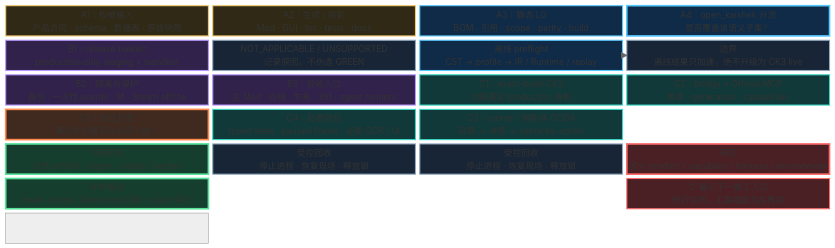
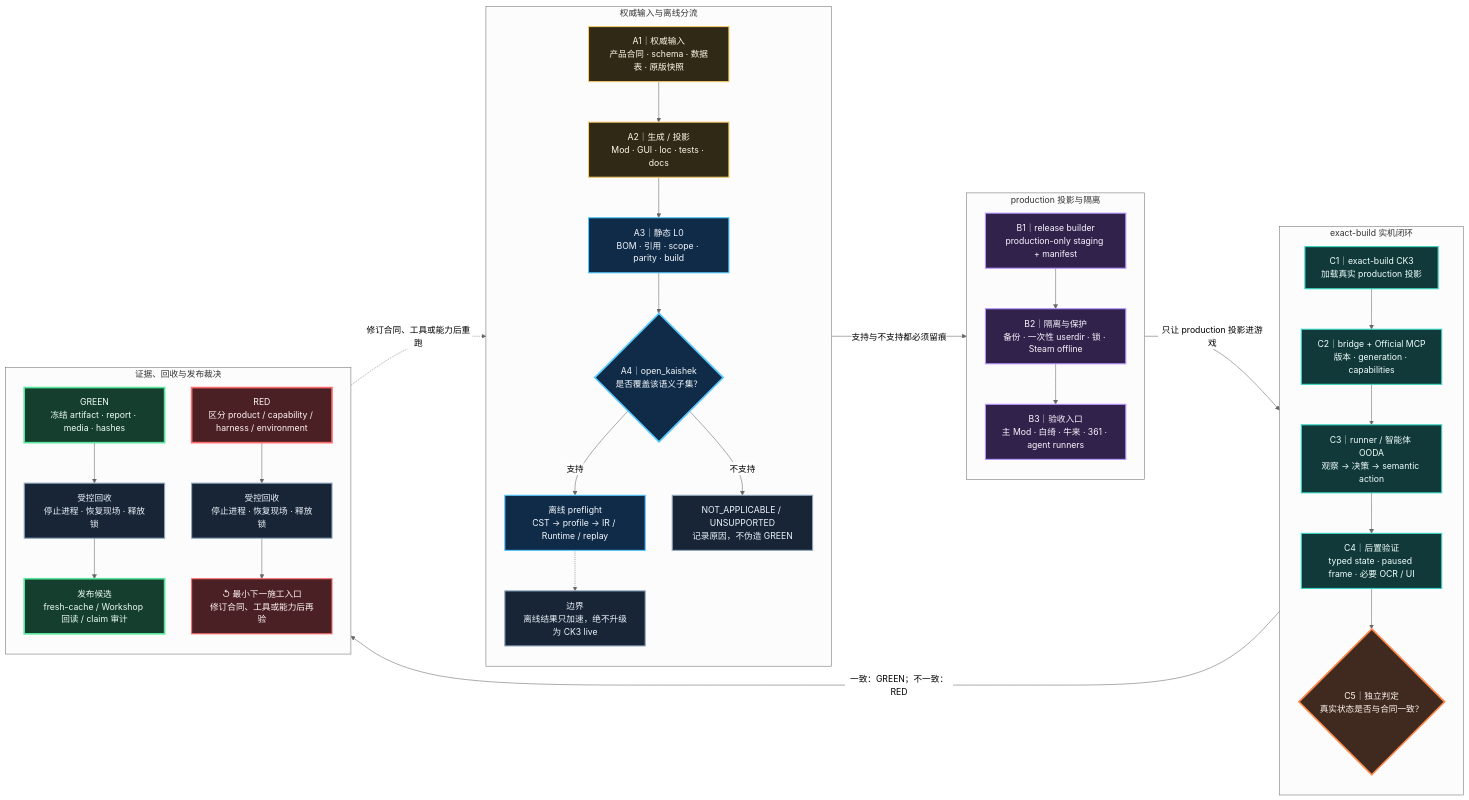
One commit to XenoAmess/ck3_eternal_recurrence changed the diagram in docs/project-causality-architecture/src/07-automated-acceptance.mmd. Above: the diagram before and after it, drawn with Mermaid (neutral theme). The commit also changed 51 other files, not shown here.

```diff
--- a/docs/project-causality-architecture/src/07-automated-acceptance.mmd
+++ b/docs/project-causality-architecture/src/07-automated-acceptance.mmd
@@ -1,38 +1,72 @@
-block-beta
-    columns 4
-    I["A1｜权威输入<br/>产品合同 · schema · 数据表 · 原版快照"] G["A2｜生成 / 投影<br/>Mod · GUI · loc · tests · docs"] L0["A3｜静态 L0<br/>BOM · 引用 · scope · parity · build"] OKQ["A4｜open_kaishek 分流<br/>是否覆盖该语义子集？"]
-    BLD["B1｜release builder<br/>production-only staging + manifest"] NA["NOT_APPLICABLE / UNSUPPORTED<br/>记录原因，不伪造 GREEN"] OK["离线 preflight<br/>CST → profile → IR / Runtime / replay"] NOTE["边界<br/>离线结果只加速，绝不升级为 CK3 live"]
-    ISO["B2｜隔离与保护<br/>备份 · 一次性 userdir · 锁 · Steam offline"] RUN["B3｜验收入口<br/>主 Mod · 白绮 · 牛来 · 361 · agent runners"] CK["C1｜exact-build CK3<br/>加载真实 production 投影"] MCP["C2｜bridge + Official MCP<br/>版本 · generation · capabilities"]
-    CLS["C5｜独立判定<br/>真实状态是否与合同一致？"] POST["C4｜后置验证<br/>typed state · paused frame · 必要 OCR / UI"] OODA["C3｜runner / 智能体 OODA<br/>观察 → 决策 → semantic action"] space
-    GREEN["GREEN<br/>冻结 artifact · report · media · hashes"] GCLEAN["受控回收<br/>停止进程 · 恢复现场 · 释放锁"] RCLEAN["受控回收<br/>停止进程 · 恢复现场 · 释放锁"] RED["RED<br/>区分 product / capability / harness / environment"]
-    GATE["发布候选<br/>fresh-cache / Workshop 回读 / claim 审计"] space space NEXT["↺ 最小下一施工入口<br/>修订合同、工具或能力后再验"]
+flowchart LR
+    subgraph AUTHORING["权威输入与离线分流"]
+        direction TB
+        I["A1｜权威输入<br/>产品合同 · schema · 数据表 · 原版快照"]
+        G["A2｜生成 / 投影<br/>Mod · GUI · loc · tests · docs"]
+        L0["A3｜静态 L0<br/>BOM · 引用 · scope · parity · build"]
+        OKQ{"A4｜open_kaishek<br/>是否覆盖该语义子集？"}
+        OK["离线 preflight<br/>CST → profile → IR / Runtime / replay"]
+        NA["NOT_APPLICABLE / UNSUPPORTED<br/>记录原因，不伪造 GREEN"]
+        NOTE["边界<br/>离线结果只加速，绝不升级为 CK3 live"]
+        I --> G --> L0 --> OKQ
+        OKQ -- "支持" --> OK
+        OKQ -- "不支持" --> NA
+        OK -.-> NOTE
+    end
 
-    I --> G --> L0 --> OKQ
-    OKQ -- "支持" --> OK --> BLD
-    OKQ -- "不支持" --> NA --> BLD
-    OK -.-> NOTE
-    BLD --> ISO --> RUN --> CK --> MCP --> OODA --> POST --> CLS
-    CLS -- "一致" --> GREEN --> GCLEAN --> GATE
-    CLS -- "不一致 / 超时 / 环境故障" --> RED --> RCLEAN --> NEXT
+    subgraph DELIVERY["production 投影与隔离"]
+        direction TB
+        BLD["B1｜release builder<br/>production-only staging + manifest"]
+        ISO["B2｜隔离与保护<br/>备份 · 一次性 userdir · 锁 · Steam offline"]
+        RUN["B3｜验收入口<br/>主 Mod · 白绮 · 牛来 · 361 · agent runners"]
+        BLD --> ISO --> RUN
+    end
+
+    subgraph LIVE["exact-build 实机闭环"]
+        direction TB
+        CK["C1｜exact-build CK3<br/>加载真实 production 投影"]
+        MCP["C2｜bridge + Official MCP<br/>版本 · generation · capabilities"]
+        OODA["C3｜runner / 智能体 OODA<br/>观察 → 决策 → semantic action"]
+        POST["C4｜后置验证<br/>typed state · paused frame · 必要 OCR / UI"]
+        CLS{"C5｜独立判定<br/>真实状态是否与合同一致？"}
+        CK --> MCP --> OODA --> POST --> CLS
+    end
+
+    subgraph VERDICT["证据、回收与发布裁决"]
+        direction TB
+        GREEN["GREEN<br/>冻结 artifact · report · media · hashes"]
+        GCLEAN["受控回收<br/>停止进程 · 恢复现场 · 释放锁"]
+        GATE["发布候选<br/>fresh-cache / Workshop 回读 / claim 审计"]
+        RED["RED<br/>区分 product / capability / harness / environment"]
+        RCLEAN["受控回收<br/>停止进程 · 恢复现场 · 释放锁"]
+        NEXT["↺ 最小下一施工入口<br/>修订合同、工具或能力后再验"]
+        GREEN --> GCLEAN --> GATE
+        RED --> RCLEAN --> NEXT
+    end
+
+    AUTHORING -->|"支持与不支持都必须留痕"| DELIVERY
+    DELIVERY -->|"只让 production 投影进游戏"| LIVE
+    LIVE -->|"一致：GREEN；不一致：RED"| VERDICT
+    VERDICT -. "修订合同、工具或能力后重跑" .-> AUTHORING
 
     style I fill:#302916,stroke:#f3c96b,color:#fff8e7,stroke-width:2px
     style G fill:#302916,stroke:#f3c96b,color:#fff8e7,stroke-width:2px
     style L0 fill:#102b47,stroke:#55c8ff,color:#f4f8ff,stroke-width:2px
     style OKQ fill:#102b47,stroke:#55c8ff,color:#f4f8ff,stroke-width:3px
     style OK fill:#102b47,stroke:#55c8ff,color:#f4f8ff,stroke-width:2px
     style NA fill:#182536,stroke:#91a9c0,color:#edf4fb,stroke-width:2px
     style NOTE fill:#182536,stroke:#91a9c0,color:#edf4fb,stroke-width:2px
     style BLD fill:#31224b,stroke:#b796ff,color:#faf6ff,stroke-width:2px
     style ISO fill:#31224b,stroke:#b796ff,color:#faf6ff,stroke-width:2px
     style RUN fill:#31224b,stroke:#b796ff,color:#faf6ff,stroke-width:2px
     style CK fill:#123939,stroke:#38d6c5,color:#effffd,stroke-width:2px
     style MCP fill:#123939,stroke:#38d6c5,color:#effffd,stroke-width:2px
     style OODA fill:#123939,stroke:#38d6c5,color:#effffd,stroke-width:2px
     style POST fill:#123939,stroke:#38d6c5,color:#effffd,stroke-width:2px
     style CLS fill:#402a1f,stroke:#ff8a4c,color:#fff6ef,stroke-width:3px
     style GREEN fill:#153e2f,stroke:#58e39a,color:#edfff5,stroke-width:3px
     style GATE fill:#153e2f,stroke:#58e39a,color:#edfff5,stroke-width:3px
     style RED fill:#4b2024,stroke:#ff6b6b,color:#fff5f5,stroke-width:3px
     style NEXT fill:#4b2024,stroke:#ff6b6b,color:#fff5f5,stroke-width:2px
     style GCLEAN fill:#182536,stroke:#91a9c0,color:#edf4fb,stroke-width:2px
     style RCLEAN fill:#182536,stroke:#91a9c0,color:#edf4fb,stroke-width:2px
```
